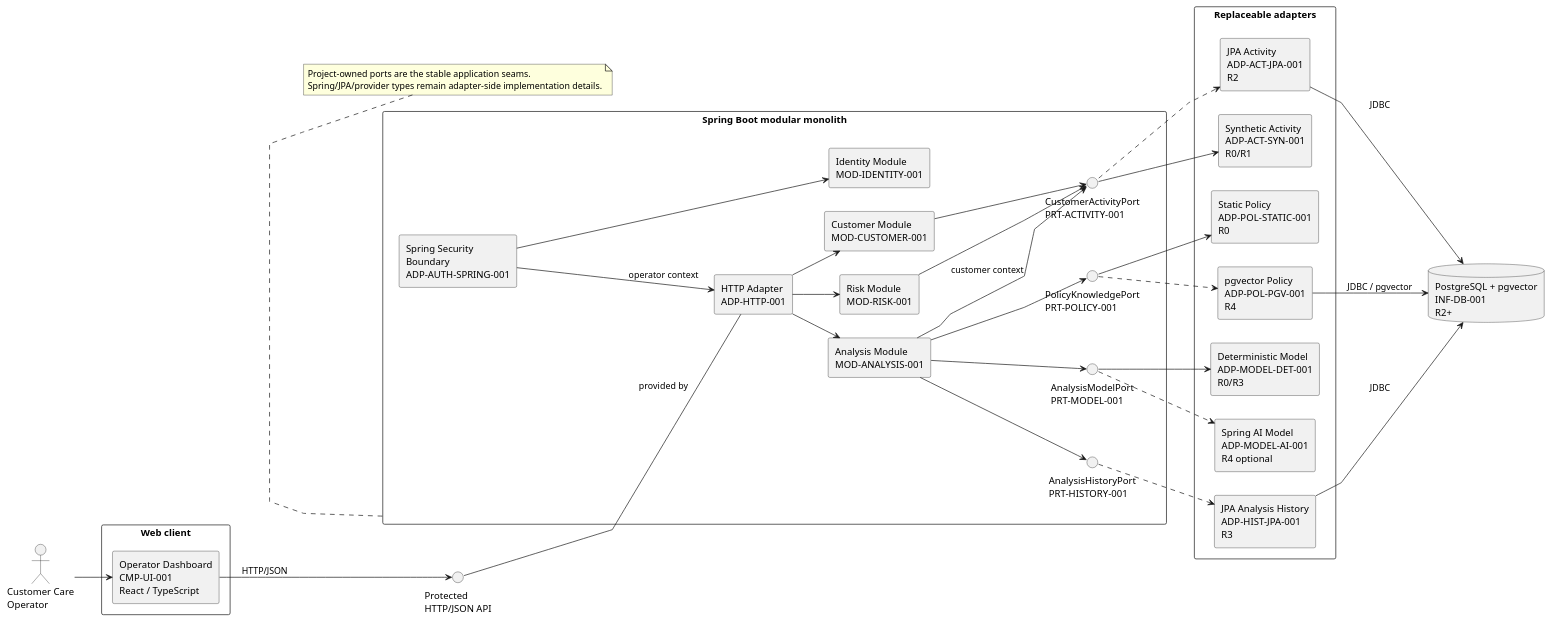
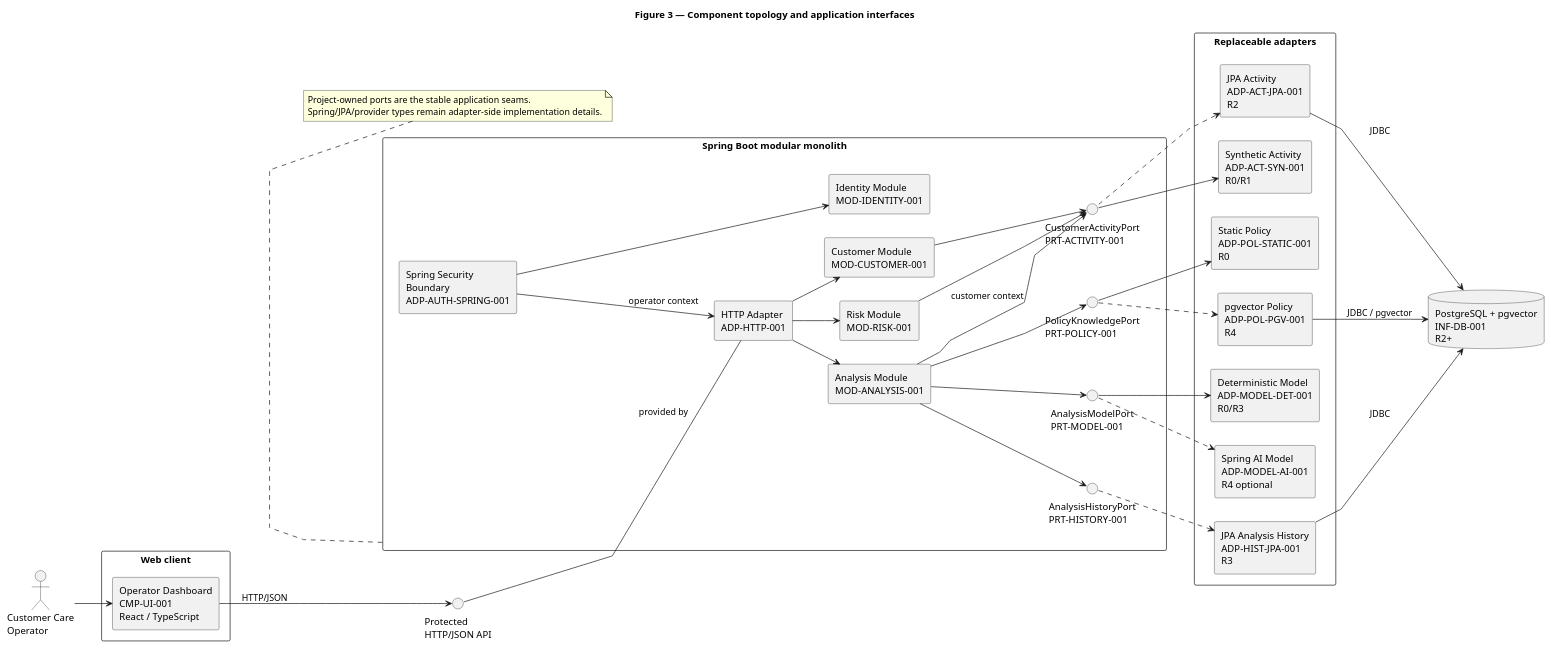
One commit to jdoe-dev-159753/specgraph-reference-app changed the diagram in docs/assignment/SDD/diagrams/component-topology.puml. Above: the diagram before and after it, drawn with PlantUML.

Commit message:
docs: title component topology figure

```diff
--- a/docs/assignment/SDD/diagrams/component-topology.puml
+++ b/docs/assignment/SDD/diagrams/component-topology.puml
@@ -1,85 +1,86 @@
 @startuml
+title Figure 3 — Component topology and application interfaces
 left to right direction
 skinparam componentStyle rectangle
 skinparam packageStyle rectangle
 skinparam linetype polyline
 skinparam nodesep 35
 skinparam ranksep 45
 
 actor "Customer Care\nOperator" as Operator
 interface "Protected\nHTTP/JSON API" as WebApi
 
 package "Web client" {
   component "Operator Dashboard\nCMP-UI-001\nReact / TypeScript" as UI
 }
 
 package "Spring Boot modular monolith" as Backend {
   component "Spring Security\nBoundary\nADP-AUTH-SPRING-001" as Auth
   component "HTTP Adapter\nADP-HTTP-001" as Http
 
   together {
     component "Identity Module\nMOD-IDENTITY-001" as Identity
     component "Customer Module\nMOD-CUSTOMER-001" as Customer
     component "Risk Module\nMOD-RISK-001" as Risk
     component "Analysis Module\nMOD-ANALYSIS-001" as Analysis
   }
 
   together {
     interface "CustomerActivityPort\nPRT-ACTIVITY-001" as ActivityPort
     interface "PolicyKnowledgePort\nPRT-POLICY-001" as PolicyPort
     interface "AnalysisModelPort\nPRT-MODEL-001" as ModelPort
     interface "AnalysisHistoryPort\nPRT-HISTORY-001" as HistoryPort
   }
 }
 
 package "Replaceable adapters" as Adapters {
   together {
     component "Synthetic Activity\nADP-ACT-SYN-001\nR0/R1" as ActivitySynthetic
     component "JPA Activity\nADP-ACT-JPA-001\nR2" as ActivityJpa
   }
   together {
     component "Static Policy\nADP-POL-STATIC-001\nR0" as PolicyStatic
     component "pgvector Policy\nADP-POL-PGV-001\nR4" as PolicyPg
   }
   together {
     component "Deterministic Model\nADP-MODEL-DET-001\nR0/R3" as ModelDet
     component "Spring AI Model\nADP-MODEL-AI-001\nR4 optional" as ModelAi
   }
   component "JPA Analysis History\nADP-HIST-JPA-001\nR3" as HistoryJpa
 }
 
 database "PostgreSQL + pgvector\nINF-DB-001\nR2+" as Db
 
 Operator --> UI
 UI --> WebApi : HTTP/JSON
 WebApi -- Http : provided by
 Auth --> Http : operator context
 Auth --> Identity
 Http --> Customer
 Http --> Risk
 Http --> Analysis
 
 Customer --> ActivityPort
 Risk --> ActivityPort
 Analysis --> ActivityPort : customer context
 Analysis --> PolicyPort
 Analysis --> ModelPort
 Analysis --> HistoryPort
 
 ActivityPort --> ActivitySynthetic
 ActivityPort ..> ActivityJpa
 PolicyPort --> PolicyStatic
 PolicyPort ..> PolicyPg
 ModelPort --> ModelDet
 ModelPort ..> ModelAi
 HistoryPort ..> HistoryJpa
 
 ActivityJpa --> Db : JDBC
 PolicyPg --> Db : JDBC / pgvector
 HistoryJpa --> Db : JDBC
 
 note bottom of Backend
   Project-owned ports are the stable application seams.
   Spring/JPA/provider types remain adapter-side implementation details.
 end note
 @enduml
```
